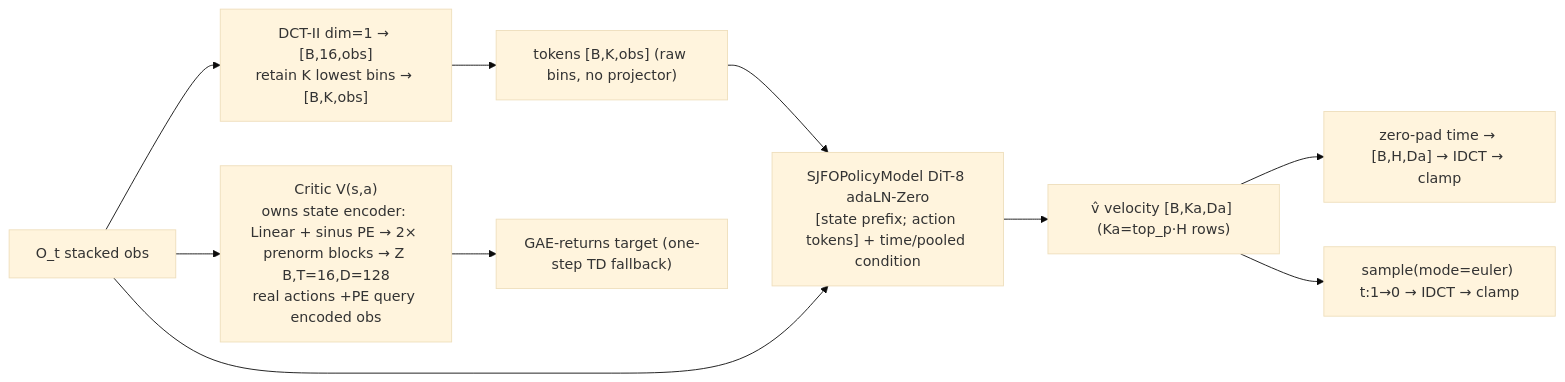
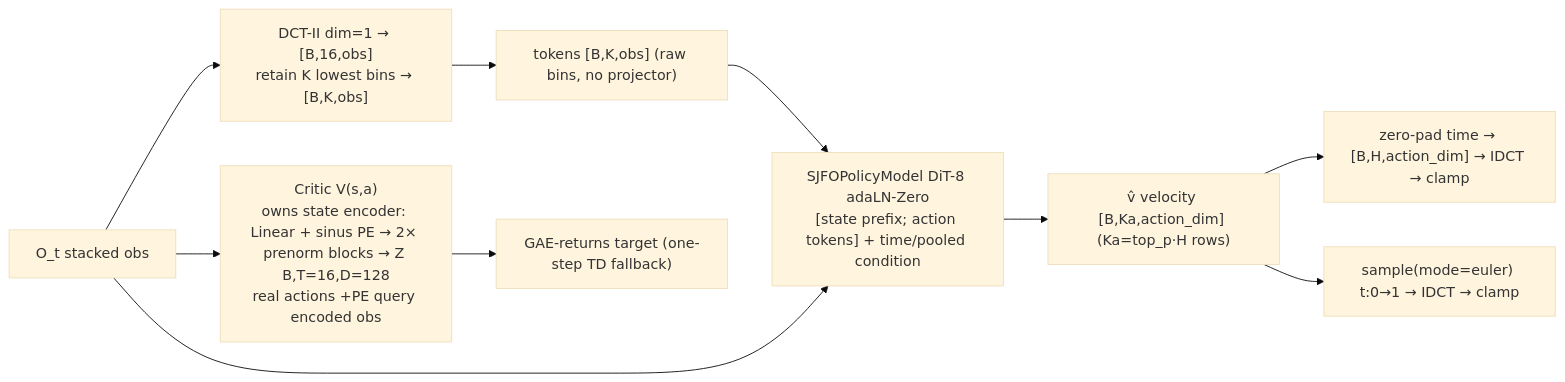
Before and after one commit to dzungphieuluuky/flow-policy-optimization: the diagram in docs/architecture.md, drawn with Mermaid (base theme). The commit also changed other lines of this file and 39 other files, not shown here.

````diff
--- a/docs/architecture.md
+++ b/docs/architecture.md
@@ -14,12 +14,12 @@
 ```mermaid
 flowchart LR
   O[O_t stacked obs] --> DCT["DCT-II dim=1 → [B,16,obs]\nretain K lowest bins → [B,K,obs]"]
   DCT --> TOK["tokens [B,K,obs] (raw bins, no projector)"]
   TOK --> DIT["SJFOPolicyModel DiT-8 adaLN-Zero\n[state prefix; action tokens] + time/pooled condition"]
   O --> DIT
-  DIT --> V["v̂ velocity [B,Ka,Da] (Ka=top_p·H rows)"]
-  V --> PAD["zero-pad time → [B,H,Da] → IDCT → clamp"]
-  V --> EUL["sample(mode=euler) t:1→0 → IDCT → clamp"]
+  DIT --> V["v̂ velocity [B,Ka,action_dim] (Ka=top_p·H rows)"]
+  V --> PAD["zero-pad time → [B,H,action_dim] → IDCT → clamp"]
+  V --> EUL["sample(mode=euler) t:0→1 → IDCT → clamp"]
   O --> CR["Critic V(s,a)\nowns state encoder: Linear + sinus PE → 2× prenorm blocks → Z B,T=16,D=128\nreal actions +PE query encoded obs"]
   CR --> TD["GAE-returns target (one-step TD fallback)"]
 ```
````
